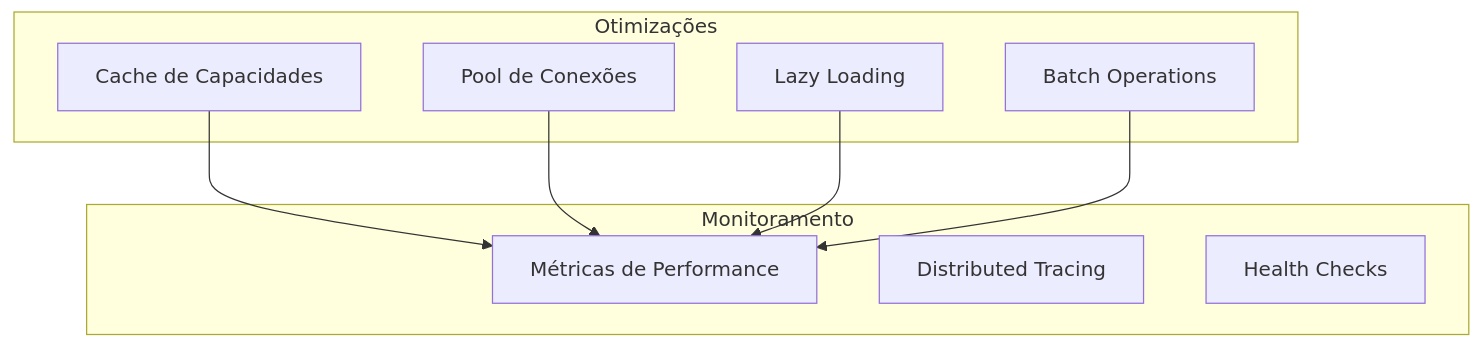
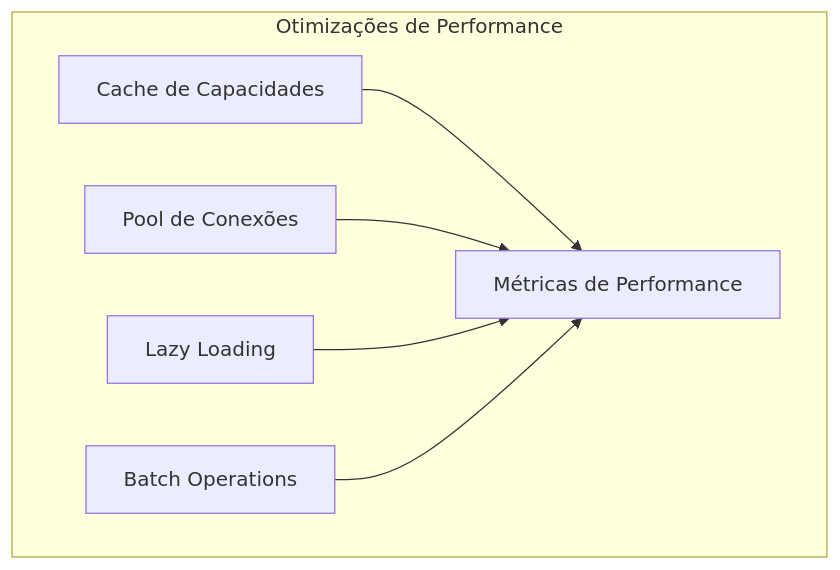
One commit to felipepimentel/my-public-notes changed the seventh of 7 diagrams in docs/AI/Comunicação/00-ai-comunicação-design docs.md. Above: the diagram before and after it, drawn with Mermaid. The commit also changed other lines of this file, not shown here.

````diff
--- a/docs/AI/Comunicação/00-ai-comunicação-design docs.md
+++ b/docs/AI/Comunicação/00-ai-comunicação-design docs.md
@@ -382,20 +542,14 @@
 ```mermaid
 graph TD
-    subgraph "Otimizações"
+    subgraph "Otimizações de Performance"
         Cache[Cache de Capacidades]
         Pool[Pool de Conexões]
         Lazy[Lazy Loading]
         Batch[Batch Operations]
+        
+        Cache --> Metrics[Métricas de Performance]
+        Pool --> Metrics
+        Lazy --> Metrics
+        Batch --> Metrics
     end
-    
-    subgraph "Monitoramento"
-        Metrics[Métricas de Performance]
-        Tracing[Distributed Tracing]
-        Health[Health Checks]
-    end
-    
-    Cache --> Metrics
-    Pool --> Metrics
-    Lazy --> Metrics
-    Batch --> Metrics
 ```
````
